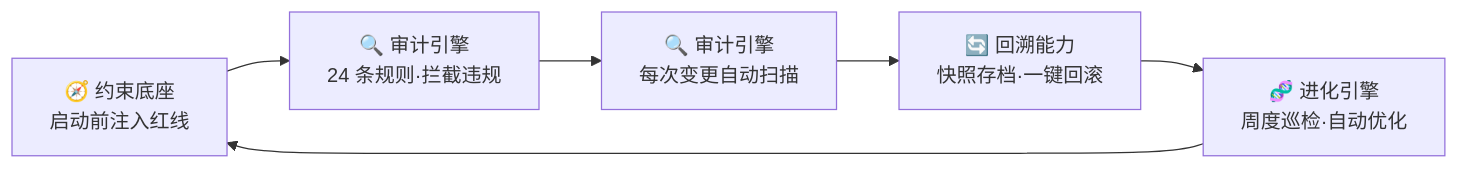
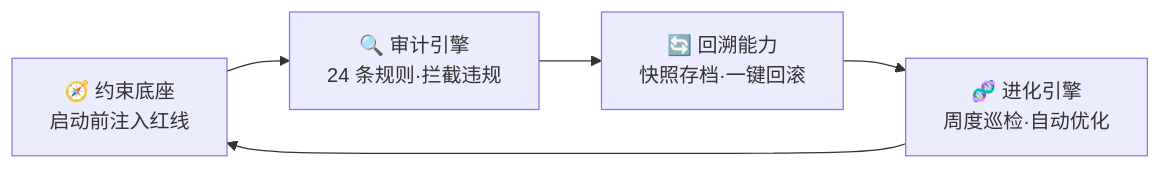
One commit to KongFangXun/sofagent changed the fourth of 8 diagrams in docs/ARCHITECTURE.md. Above: the diagram before and after it, drawn with Mermaid. The commit also changed other lines of this file and 6 other files, not shown here.

First line of the commit message:
docs: fresh-eyes 第六轮 C/D 审查修复——空标注清理/内部措辞/Mermaid 重复节点

````diff
--- a/docs/ARCHITECTURE.md
+++ b/docs/ARCHITECTURE.md
@@ -191,8 +191,7 @@
 ```mermaid
 graph LR
     A["🧭 约束底座<br/>启动前注入红线"] --> B["🔍 审计引擎<br/>24 条规则·拦截违规"]
-    B --> C["🔍 审计引擎<br/>每次变更自动扫描"]
-    C --> D["🔄 回溯能力<br/>快照存档·一键回滚"]
-    D --> E["🧬 进化引擎<br/>周度巡检·自动优化"]
-    E --> A
+    B --> C["🔄 回溯能力<br/>快照存档·一键回滚"]
+    C --> D["🧬 进化引擎<br/>周度巡检·自动优化"]
+    D --> A
 ```
````
